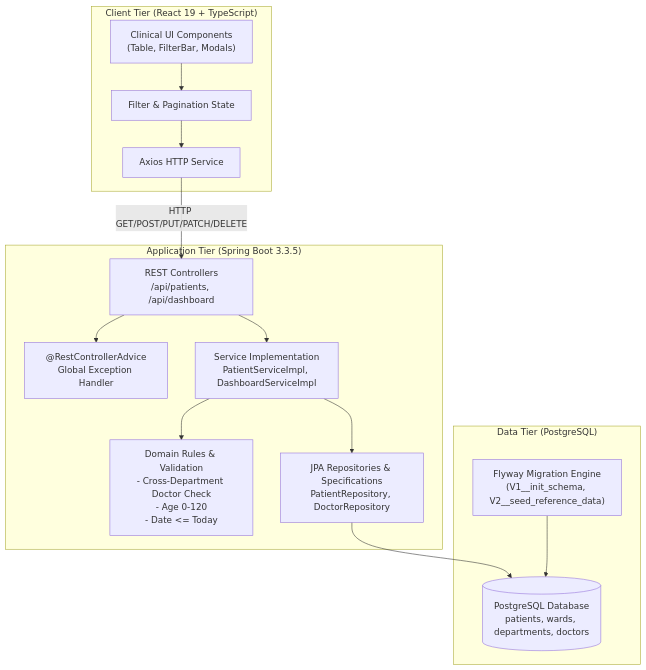
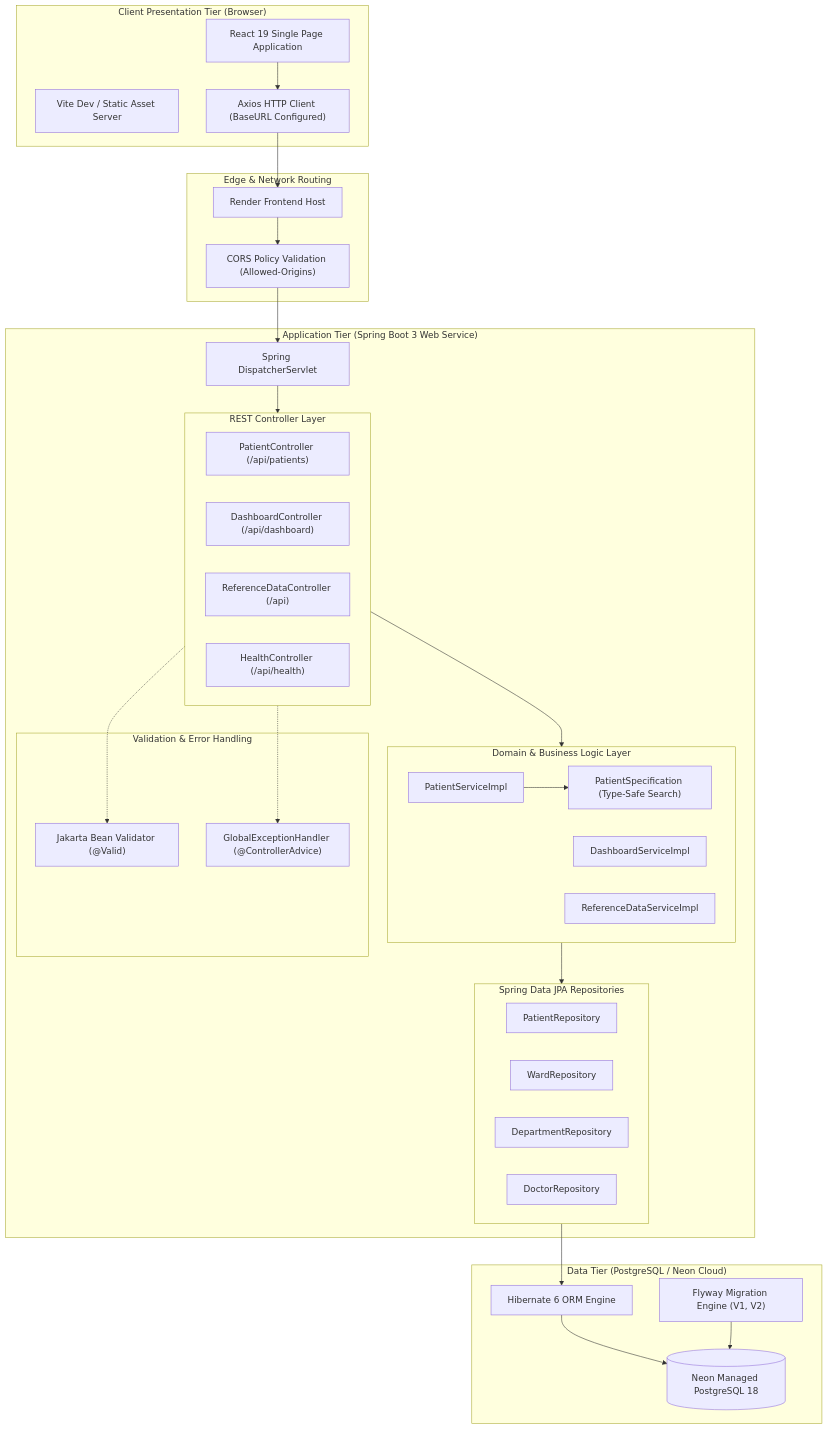
Before and after one commit to shivarajrathod08/mediflow-patient-admission-management: the first of 3 diagrams in README.md, drawn with Mermaid. The commit also changed other lines of this file and 16 other files, not shown here.

Commit message:
Fix dashboard API routing and improve project documentation

````diff
--- a/README.md
+++ b/README.md
@@ -158,31 +115,67 @@
 ```mermaid
 flowchart TD
-    subgraph Client["Client Tier (React 19 + TypeScript)"]
-        UI["Clinical UI Components\n(Table, FilterBar, Modals)"]
-        State["Filter & Pagination State"]
-        AxiosClient["Axios HTTP Service"]
-        UI --> State --> AxiosClient
+    subgraph Client ["Client Presentation Tier (Browser)"]
+        UI["React 19 Single Page Application"]
+        Router["Vite Dev / Static Asset Server"]
+        Axios["Axios HTTP Client (BaseURL Configured)"]
+        UI --> Axios
     end
 
-    subgraph Server["Application Tier (Spring Boot 3.3.5)"]
-        Controllers["REST Controllers\n/api/patients, /api/dashboard"]
-        GlobalHandler["@RestControllerAdvice\nGlobal Exception Handler"]
-        Services["Service Implementation\nPatientServiceImpl, DashboardServiceImpl"]
-        BusinessValidation["Domain Rules & Validation\n- Cross-Department Doctor Check\n- Age 0-120\n- Date <= Today"]
-        Repositories["JPA Repositories & Specifications\nPatientRepository, DoctorRepository"]
-
-        AxiosClient -->|HTTP GET/POST/PUT/PATCH/DELETE| Controllers
-        Controllers --> GlobalHandler
-        Controllers --> Services
-        Services --> BusinessValidation
-        Services --> Repositories
+    subgraph CDN ["Edge & Network Routing"]
+        RenderFront["Render Frontend Host"]
+        CORS["CORS Policy Validation (Allowed-Origins)"]
+        RenderFront --> CORS
     end
 
-    subgraph Persistence["Data Tier (PostgreSQL)"]
-        FlywayEngine["Flyway Migration Engine\n(V1__init_schema, V2__seed_reference_data)"]
-        Database[("PostgreSQL Database\npatients, wards, departments, doctors")]
+    subgraph Server ["Application Tier (Spring Boot 3 Web Service)"]
+        CORS --> Dispatcher["Spring DispatcherServlet"]
+        
+        subgraph Controllers ["REST Controller Layer"]
+            PC["PatientController (/api/patients)"]
+            DC["DashboardController (/api/dashboard)"]
+            RC["ReferenceDataController (/api)"]
+            HC["HealthController (/api/health)"]
+        end
+        
+        Dispatcher --> Controllers
 
-        Repositories --> Database
-        FlywayEngine --> Database
+        subgraph ServiceLayer ["Domain & Business Logic Layer"]
+            PS["PatientServiceImpl"]
+            DS["DashboardServiceImpl"]
+            RDS["ReferenceDataServiceImpl"]
+            Spec["PatientSpecification (Type-Safe Search)"]
+        end
+
+        Controllers --> ServiceLayer
+        PS --> Spec
+
+        subgraph Validation ["Validation & Error Handling"]
+            GV["Jakarta Bean Validator (@Valid)"]
+            GEH["GlobalExceptionHandler (@ControllerAdvice)"]
+        end
+
+        Controllers -.-> GV
+        Controllers -.-> GEH
+
+        subgraph Repositories ["Spring Data JPA Repositories"]
+            PR["PatientRepository"]
+            WR["WardRepository"]
+            DeptR["DepartmentRepository"]
+            DocR["DoctorRepository"]
+        end
+
+        ServiceLayer --> Repositories
     end
+
+    subgraph DB ["Data Tier (PostgreSQL / Neon Cloud)"]
+        Hibernate["Hibernate 6 ORM Engine"]
+        Flyway["Flyway Migration Engine (V1, V2)"]
+        NeonDB[("Neon Managed PostgreSQL 18")]
+        
+        Repositories --> Hibernate
+        Hibernate --> NeonDB
+        Flyway --> NeonDB
+    end
+
+    Axios --> RenderFront
 ```
````
